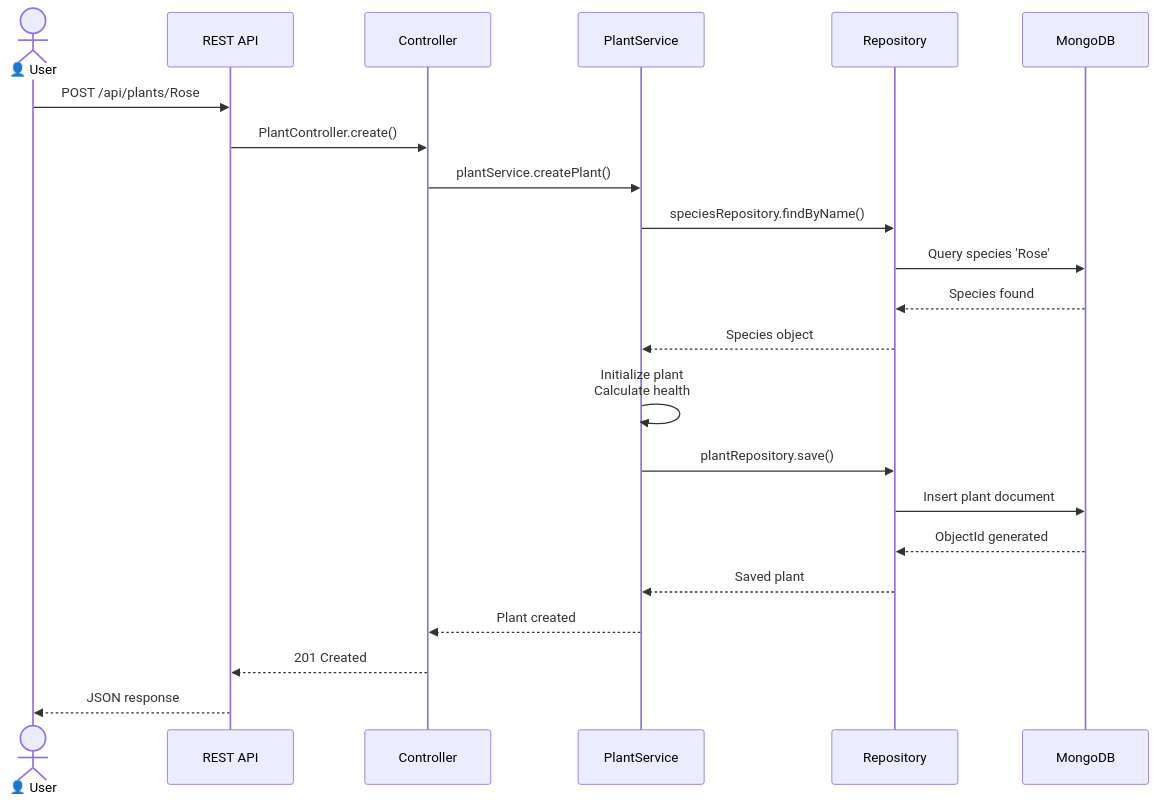
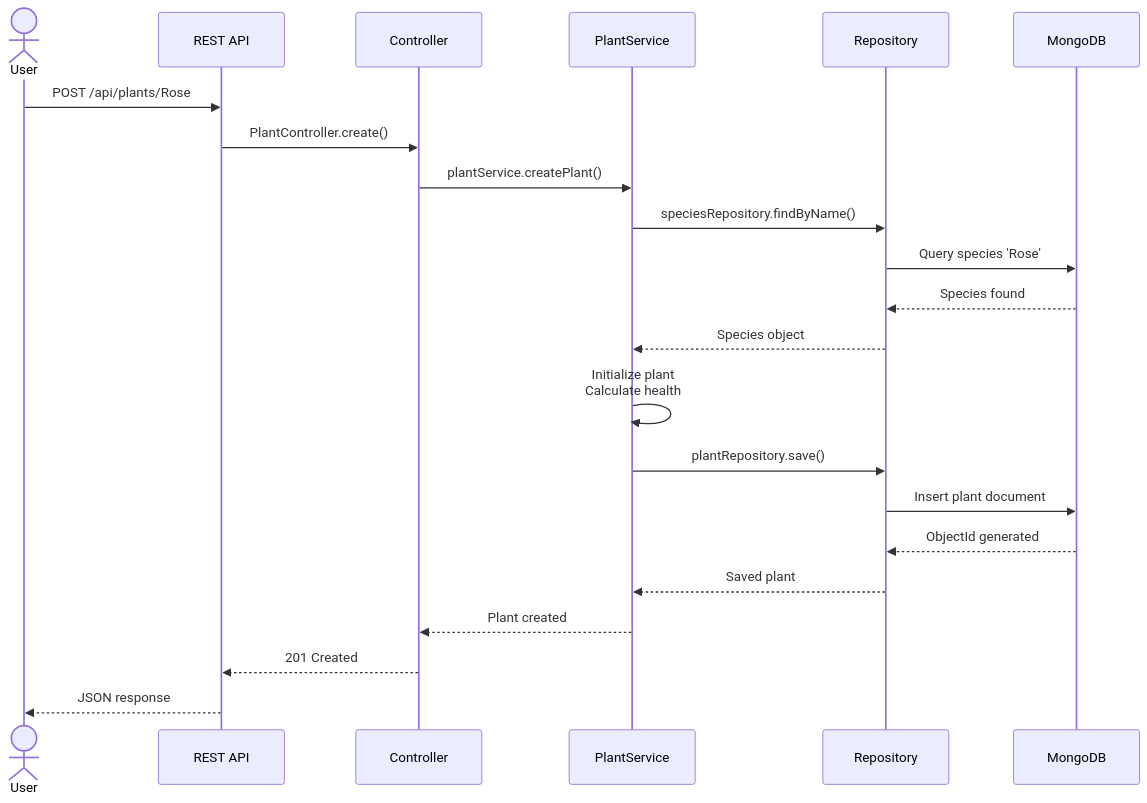
One commit to fasai444/GreenDesk changed the third of 5 diagrams in GreenDesk-Doc/docs/architecture.md. Above: the diagram before and after it, drawn with Mermaid. The commit also changed other lines of this file and 36 other files, not shown here.

````diff
--- a/GreenDesk-Doc/docs/architecture.md
+++ b/GreenDesk-Doc/docs/architecture.md
@@ -118,25 +118,25 @@
 ```mermaid
 sequenceDiagram
-    actor User as 👤 User
+    actor User as User
     participant API as REST API
     participant Controller as Controller
     participant Service as PlantService
     participant Repo as Repository
     participant DB as MongoDB
     
     User->>API: POST /api/plants/Rose
     API->>Controller: PlantController.create()
     Controller->>Service: plantService.createPlant()
     Service->>Repo: speciesRepository.findByName()
     Repo->>DB: Query species 'Rose'
     DB-->>Repo: Species found
     Repo-->>Service: Species object
     Service->>Service: Initialize plant<br/>Calculate health
     Service->>Repo: plantRepository.save()
     Repo->>DB: Insert plant document
     DB-->>Repo: ObjectId generated
     Repo-->>Service: Saved plant
     Service-->>Controller: Plant created
     Controller-->>API: 201 Created
     API-->>User: JSON response
 ```
````
